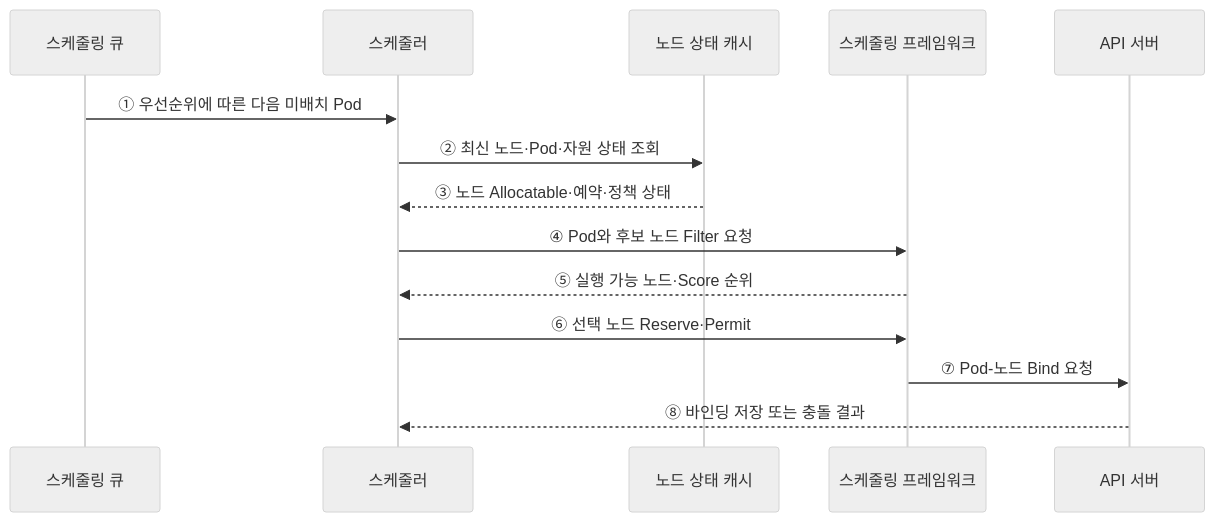
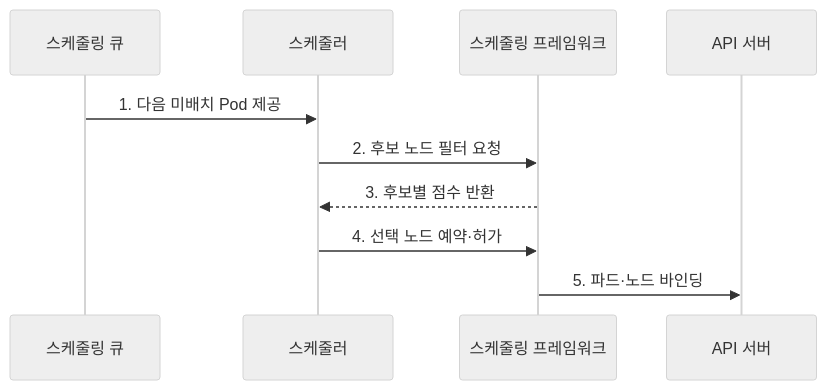
The second of 2 diagrams in src/content/docs/notes/03-software/154_kubernetes_pod_scheduling.md (agnusdei1207/knowledge-base), drawn with Mermaid (neutral theme) before and after one commit. The commit also changed other lines of this file and 20 other files, not shown here.

````diff
--- a/src/content/docs/notes/03-software/154_kubernetes_pod_scheduling.md
+++ b/src/content/docs/notes/03-software/154_kubernetes_pod_scheduling.md
@@ -71,16 +84,12 @@
 ```mermaid
 sequenceDiagram
     participant Q as 스케줄링 큐
     participant S as 스케줄러
-    participant C as 노드 상태 캐시
     participant F as 스케줄링 프레임워크
     participant A as API 서버
-    Q->>S: ① 우선순위에 따른 다음 미배치 Pod
-    S->>C: ② 최신 노드·Pod·자원 상태 조회
-    C-->>S: ③ 노드 Allocatable·예약·정책 상태
-    S->>F: ④ Pod와 후보 노드 Filter 요청
-    F-->>S: ⑤ 실행 가능 노드·Score 순위
-    S->>F: ⑥ 선택 노드 Reserve·Permit
-    F->>A: ⑦ Pod-노드 Bind 요청
-    A-->>S: ⑧ 바인딩 저장 또는 충돌 결과
+    Q->>S: 1. 다음 미배치 Pod 제공
+    S->>F: 2. 후보 노드 필터 요청
+    F-->>S: 3. 후보별 점수 반환
+    S->>F: 4. 선택 노드 예약·허가
+    F->>A: 5. 파드·노드 바인딩
 ```
````
